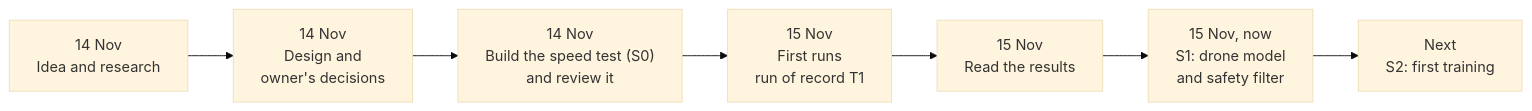
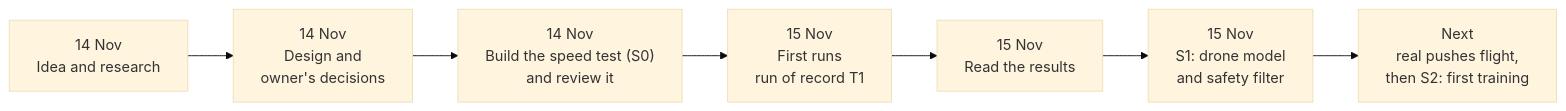
One commit to AI-DA-STC/AirStack-starling-max2 changed the diagram in svg_training/docs/WHAT_WE_DID.md. Above: the diagram before and after it, drawn with Mermaid (base theme). The commit also changed other lines of this file and 11 other files, not shown here.

````diff
--- a/svg_training/docs/WHAT_WE_DID.md
+++ b/svg_training/docs/WHAT_WE_DID.md
@@ -10,9 +10,9 @@
 ```mermaid
 flowchart LR
   A["14 Nov<br/>Idea and research"] --> B["14 Nov<br/>Design and<br/>owner's decisions"]
   B --> C["14 Nov<br/>Build the speed test (S0)<br/>and review it"]
   C --> D["15 Nov<br/>First runs<br/>run of record T1"]
   D --> E["15 Nov<br/>Read the results"]
-  E --> F["15 Nov, now<br/>S1: drone model<br/>and safety filter"]
-  F --> G["Next<br/>S2: first training"]
+  E --> F["15 Nov<br/>S1: drone model<br/>and safety filter"]
+  F --> G["Next<br/>real pushes flight,<br/>then S2: first training"]
 ```
````
